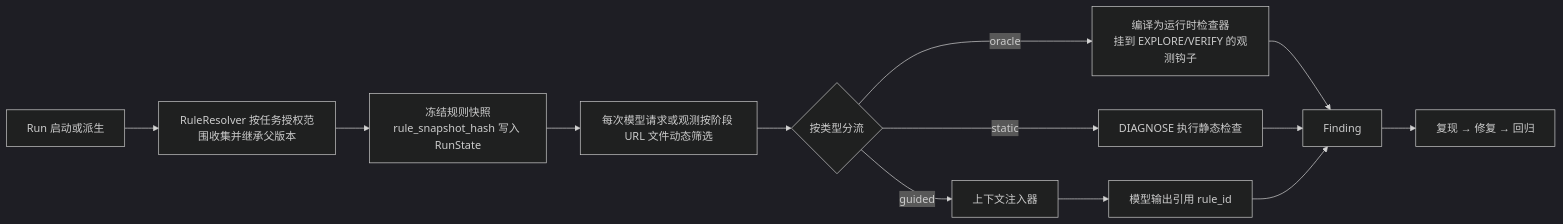
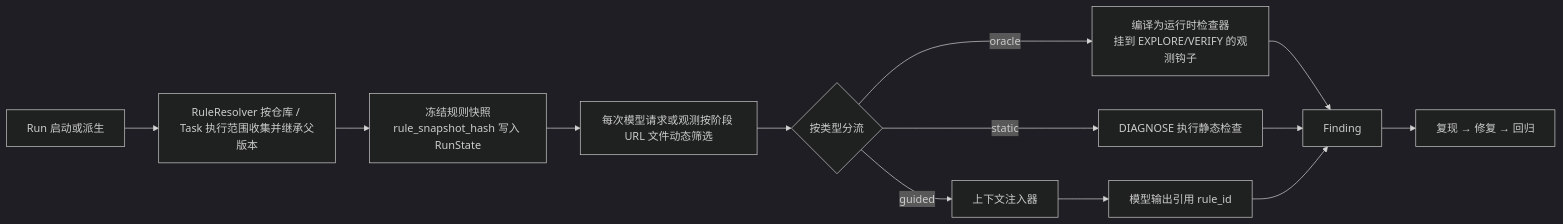
Before and after one commit to BUPTtsy/TraceFix-Agent: the diagram in docs/产品说明手册/04-检测规则/规则模型与注入.md, drawn with Mermaid (dark theme). The commit also changed other lines of this file and 18 other files, not shown here.

````diff
--- a/docs/产品说明手册/04-检测规则/规则模型与注入.md
+++ b/docs/产品说明手册/04-检测规则/规则模型与注入.md
@@ -91,15 +91,15 @@
 ```mermaid
 flowchart LR
-  A[Run 启动或派生] --> B[RuleResolver 按任务授权范围收集并继承父版本]
+  A[Run 启动或派生] --> B[RuleResolver 按仓库 / Task 执行范围收集并继承父版本]
   B --> C[冻结规则快照<br/>rule_snapshot_hash 写入 RunState]
   C --> K[每次模型请求或观测按阶段 URL 文件动态筛选]
   K --> D{按类型分流}
   D -- oracle --> E[编译为运行时检查器<br/>挂到 EXPLORE/VERIFY 的观测钩子]
   D -- static --> F[DIAGNOSE 执行静态检查]
   D -- guided --> G[上下文注入器]
   E --> H[Finding]
   F --> H
   G --> I[模型输出引用 rule_id]
   I --> H
   H --> J[复现 → 修复 → 回归]
 ```
````
